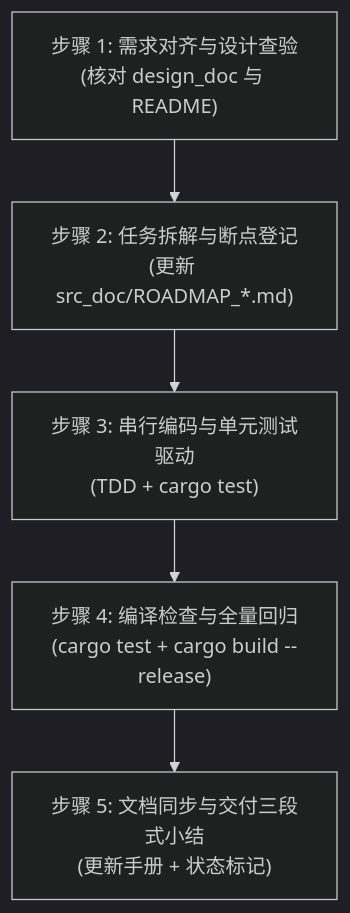
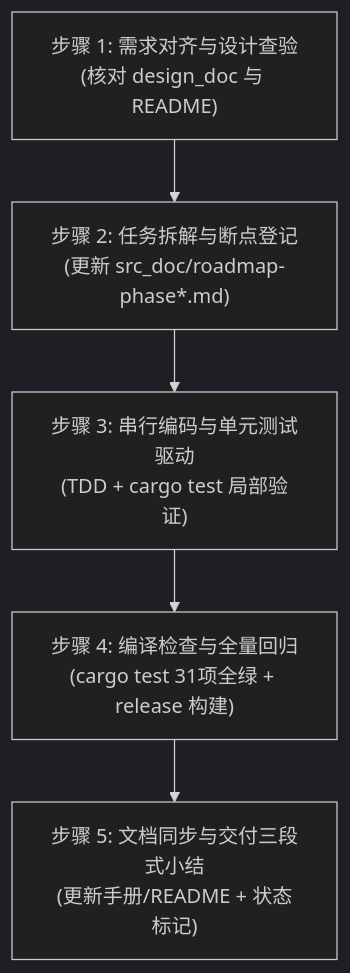
The diagram in skills/agent-steward-developer/SKILL.md (digoal/agent-body), drawn with Mermaid (dark theme) before and after one commit. The commit also changed other lines of this file and 2 other files, not shown here.

Commit message:
docs(skills): 全面刷新三套内置技能，对齐图智能、CodeGraph 宏微联邦与 18 个 MCP 工具

````diff
--- a/skills/agent-steward-developer/SKILL.md
+++ b/skills/agent-steward-developer/SKILL.md
@@ -63,7 +64,7 @@
 ```mermaid
 flowchart TD
-    A["步骤 1: 需求对齐与设计查验<br/>(核对 design_doc 与 README)"] --> B["步骤 2: 任务拆解与断点登记<br/>(更新 src_doc/ROADMAP_*.md)"]
-    B --> C["步骤 3: 串行编码与单元测试驱动<br/>(TDD + cargo test)"]
-    C --> D["步骤 4: 编译检查与全量回归<br/>(cargo test + cargo build --release)"]
-    D --> E["步骤 5: 文档同步与交付三段式小结<br/>(更新手册 + 状态标记)"]
+    A["步骤 1: 需求对齐与设计查验<br/>(核对 design_doc 与 README)"] --> B["步骤 2: 任务拆解与断点登记<br/>(更新 src_doc/roadmap-phase*.md)"]
+    B --> C["步骤 3: 串行编码与单元测试驱动<br/>(TDD + cargo test 局部验证)"]
+    C --> D["步骤 4: 编译检查与全量回归<br/>(cargo test 31项全绿 + release 构建)"]
+    D --> E["步骤 5: 文档同步与交付三段式小结<br/>(更新手册/README + 状态标记)"]
 ```
````
